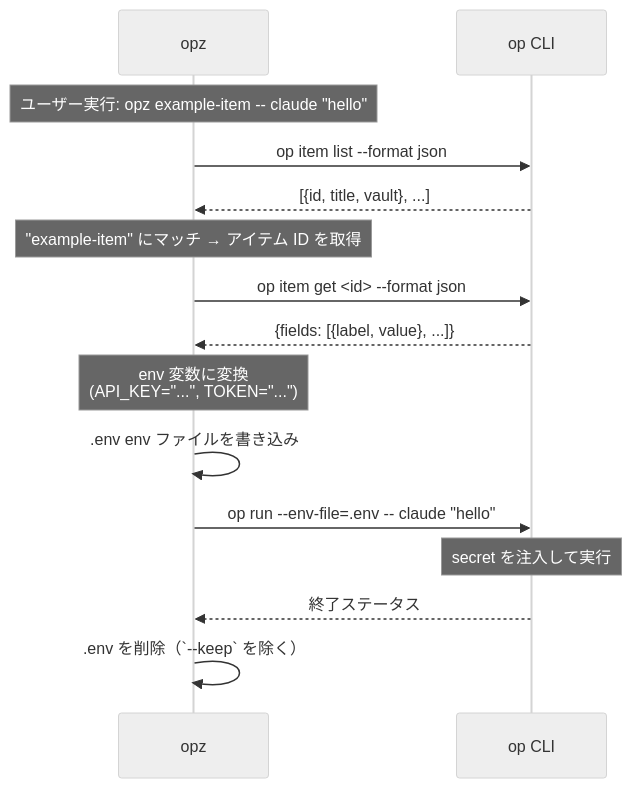
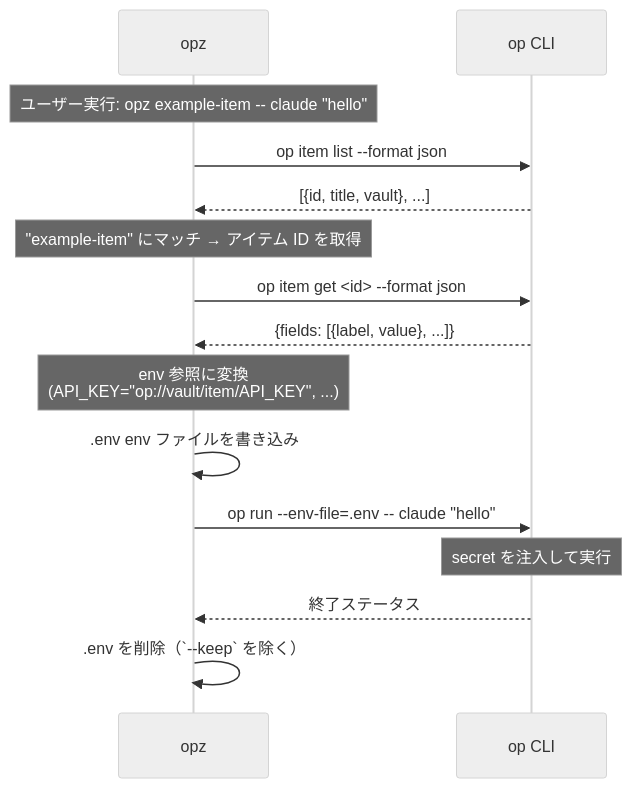
The diagram in README.ja.md (f4ah6o/opx), drawn with Mermaid (neutral theme) before and after one commit. The commit also changed other lines of this file and 2 other files, not shown here.

Commit message:
Use op references in env files

````diff
--- a/README.ja.md
+++ b/README.ja.md
@@ -72,23 +72,23 @@
 ```mermaid
 sequenceDiagram
     participant opz
     participant op as op CLI
 
     Note over opz: ユーザー実行: opz example-item -- claude "hello"
 
     opz->>op: op item list --format json
     op-->>opz: [{id, title, vault}, ...]
     Note over opz: "example-item" にマッチ → アイテム ID を取得
 
     opz->>op: op item get <id> --format json
     op-->>opz: {fields: [{label, value}, ...]}
-    Note over opz: env 変数に変換<br/>(API_KEY="...", TOKEN="...")
+    Note over opz: env 参照に変換<br/>(API_KEY="op://vault/item/API_KEY", ...)
 
     opz->>opz: .env env ファイルを書き込み
 
     opz->>op: op run --env-file=.env -- claude "hello"
     Note over op: secret を注入して実行
     op-->>opz: 終了ステータス
 
     opz->>opz: .env を削除（`--keep` を除く）
 ```
````
